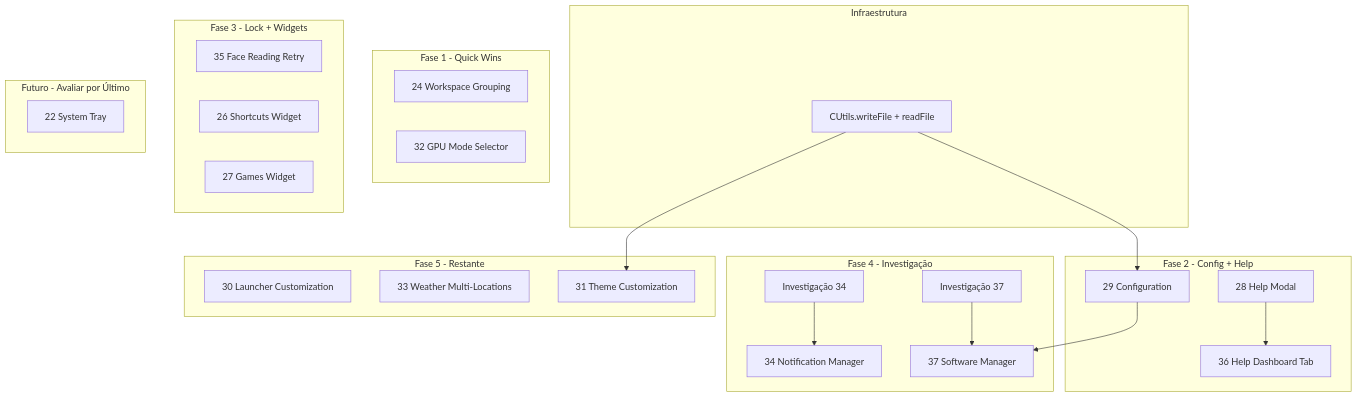
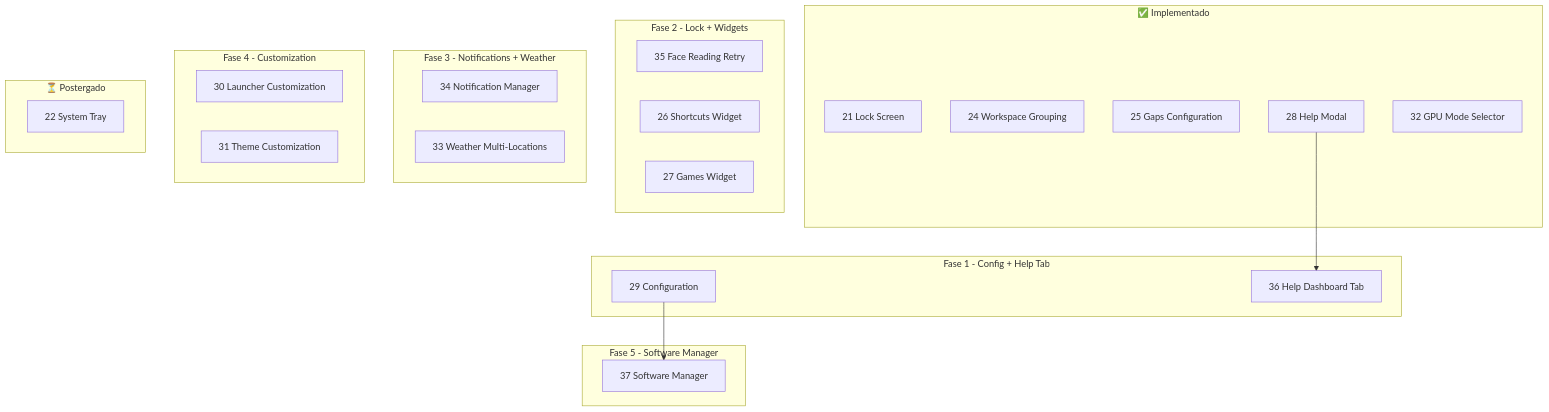
One commit to pereiraoc/shell changed the diagram in docs/plan-and-implementation/00-sequencia-implementacao.md. Above: the diagram before and after it, drawn with Mermaid. The commit also changed other lines of this file and 23 other files, not shown here.

````diff
--- a/docs/plan-and-implementation/00-sequencia-implementacao.md
+++ b/docs/plan-and-implementation/00-sequencia-implementacao.md
@@ -11,47 +11,42 @@
 ```mermaid
 flowchart TB
-    subgraph Infra [Infraestrutura]
-        CUtils[CUtils.writeFile + readFile]
-    end
-    
-    subgraph Fase1 [Fase 1 - Quick Wins]
+    subgraph Implementado [✅ Implementado]
+        P21[21 Lock Screen]
         P24[24 Workspace Grouping]
+        P25[25 Gaps Configuration]
+        P28[28 Help Modal]
         P32[32 GPU Mode Selector]
     end
     
-    subgraph Fase2 [Fase 2 - Config + Help]
+    subgraph Fase1 [Fase 1 - Config + Help Tab]
         P29[29 Configuration]
-        P28[28 Help Modal]
         P36[36 Help Dashboard Tab]
     end
     
-    subgraph Fase3 [Fase 3 - Lock + Widgets]
+    subgraph Fase2 [Fase 2 - Lock + Widgets]
         P35[35 Face Reading Retry]
         P26[26 Shortcuts Widget]
         P27[27 Games Widget]
     end
     
-    subgraph Fase4 [Fase 4 - Investigação]
-        Inv34[Investigação 34]
+    subgraph Fase3 [Fase 3 - Notifications + Weather]
         P34[34 Notification Manager]
-        Inv37[Investigação 37]
+        P33[33 Weather Multi-Locations]
+    end
+    
+    subgraph Fase4 [Fase 4 - Customization]
+        P30[30 Launcher Customization]
+        P31[31 Theme Customization]
+    end
+    
+    subgraph Fase5 [Fase 5 - Software Manager]
         P37[37 Software Manager]
     end
     
-    subgraph Fase5 [Fase 5 - Restante]
-        P30[30 Launcher Customization]
-        P33[33 Weather Multi-Locations]
-        P31[31 Theme Customization]
-    end
-    
-    subgraph Futuro [Futuro - Avaliar por Último]
+    subgraph Futuro [⏳ Postergado]
         P22[22 System Tray]
     end
     
-    CUtils --> P29
-    CUtils --> P31
+    P28 --> P36
     P29 --> P37
-    P28 --> P36
-    Inv34 --> P34
-    Inv37 --> P37
 ```
````
